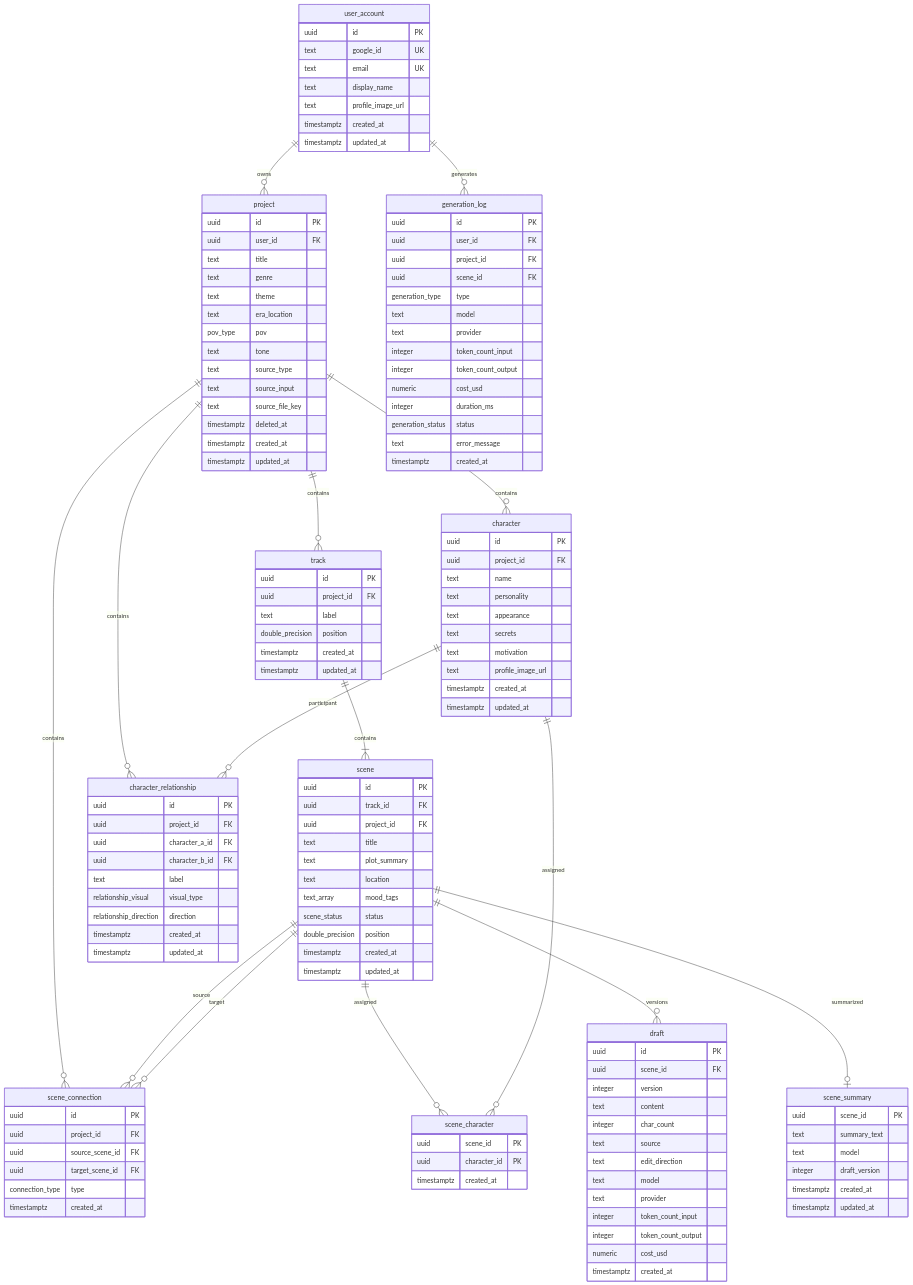
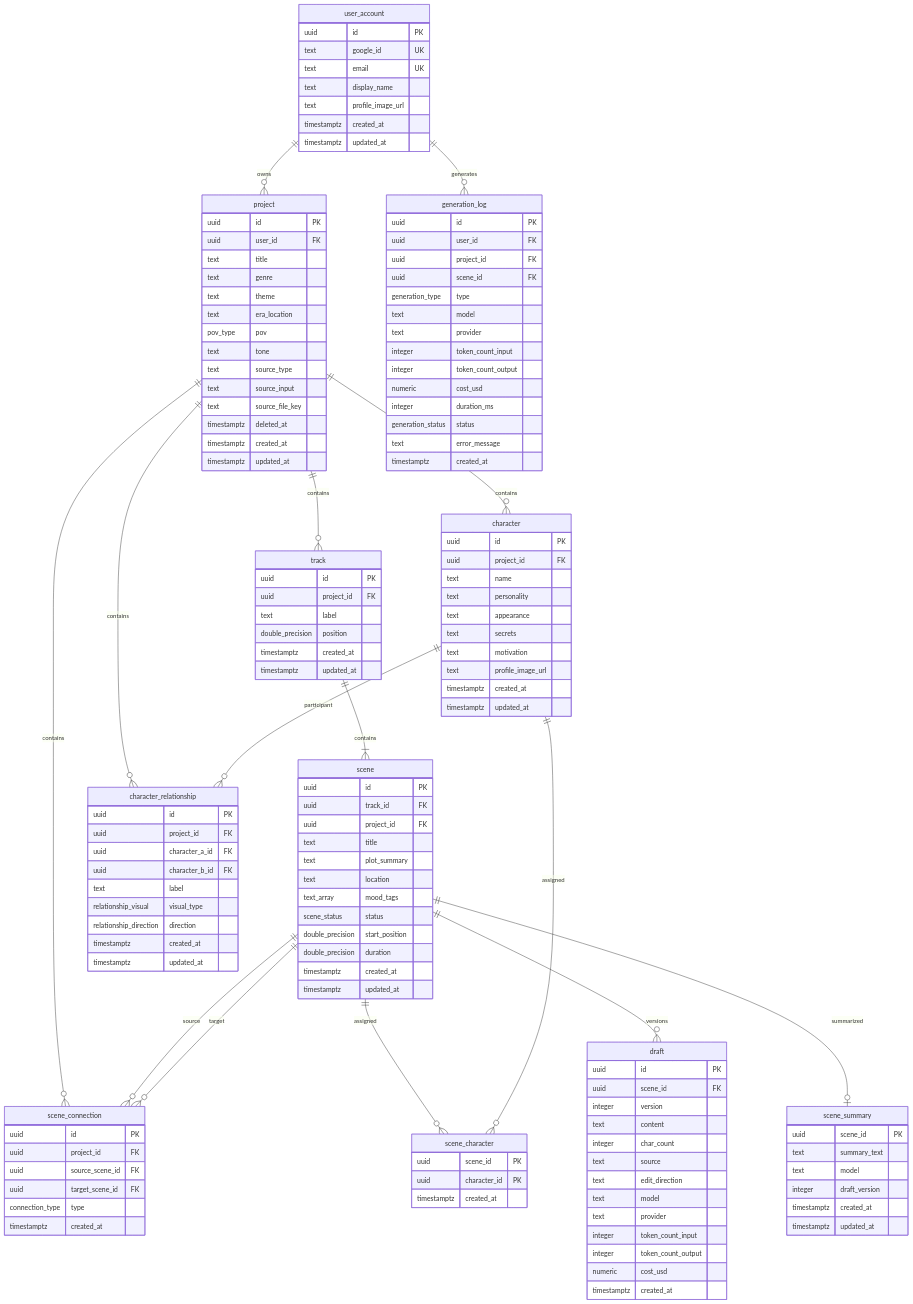
Before and after one commit to zzoohub/narrex: the diagram in docs/erd.mermaid, drawn with Mermaid. The commit also changed 7 other files, not shown here.

```diff
--- a/docs/erd.mermaid
+++ b/docs/erd.mermaid
@@ -1,147 +1,148 @@
 erDiagram
     user_account {
         uuid id PK
         text google_id UK
         text email UK
         text display_name
         text profile_image_url
         timestamptz created_at
         timestamptz updated_at
     }
 
     project {
         uuid id PK
         uuid user_id FK
         text title
         text genre
         text theme
         text era_location
         pov_type pov
         text tone
         text source_type
         text source_input
         text source_file_key
         timestamptz deleted_at
         timestamptz created_at
         timestamptz updated_at
     }
 
     track {
         uuid id PK
         uuid project_id FK
         text label
         double_precision position
         timestamptz created_at
         timestamptz updated_at
     }
 
     scene {
         uuid id PK
         uuid track_id FK
         uuid project_id FK
         text title
         text plot_summary
         text location
         text_array mood_tags
         scene_status status
-        double_precision position
+        double_precision start_position
+        double_precision duration
         timestamptz created_at
         timestamptz updated_at
     }
 
     scene_connection {
         uuid id PK
         uuid project_id FK
         uuid source_scene_id FK
         uuid target_scene_id FK
         connection_type type
         timestamptz created_at
     }
 
     character {
         uuid id PK
         uuid project_id FK
         text name
         text personality
         text appearance
         text secrets
         text motivation
         text profile_image_url
         timestamptz created_at
         timestamptz updated_at
     }
 
     scene_character {
         uuid scene_id PK
         uuid character_id PK
         timestamptz created_at
     }
 
     character_relationship {
         uuid id PK
         uuid project_id FK
         uuid character_a_id FK
         uuid character_b_id FK
         text label
         relationship_visual visual_type
         relationship_direction direction
         timestamptz created_at
         timestamptz updated_at
     }
 
     draft {
         uuid id PK
         uuid scene_id FK
         integer version
         text content
         integer char_count
         text source
         text edit_direction
         text model
         text provider
         integer token_count_input
         integer token_count_output
         numeric cost_usd
         timestamptz created_at
     }
 
     scene_summary {
         uuid scene_id PK
         text summary_text
         text model
         integer draft_version
         timestamptz created_at
         timestamptz updated_at
     }
 
     generation_log {
         uuid id PK
         uuid user_id FK
         uuid project_id FK
         uuid scene_id FK
         generation_type type
         text model
         text provider
         integer token_count_input
         integer token_count_output
         numeric cost_usd
         integer duration_ms
         generation_status status
         text error_message
         timestamptz created_at
     }
 
     user_account ||--o{ project : "owns"
     project ||--o{ track : "contains"
     project ||--o{ character : "contains"
     project ||--o{ scene_connection : "contains"
     project ||--o{ character_relationship : "contains"
     track ||--|{ scene : "contains"
     scene ||--o{ scene_connection : "source"
     scene ||--o{ scene_connection : "target"
     scene ||--o{ scene_character : "assigned"
     character ||--o{ scene_character : "assigned"
     character ||--o{ character_relationship : "participant"
     scene ||--o{ draft : "versions"
     scene ||--o| scene_summary : "summarized"
     user_account ||--o{ generation_log : "generates"
```
